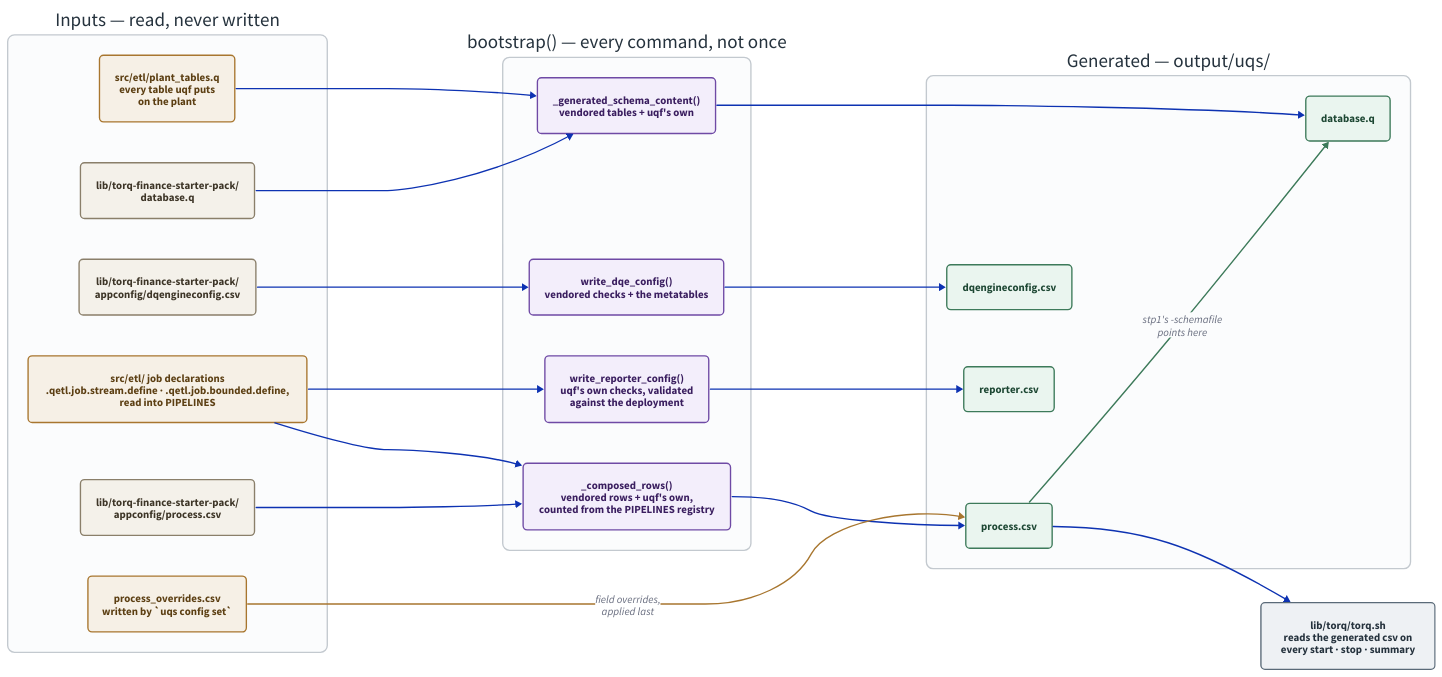
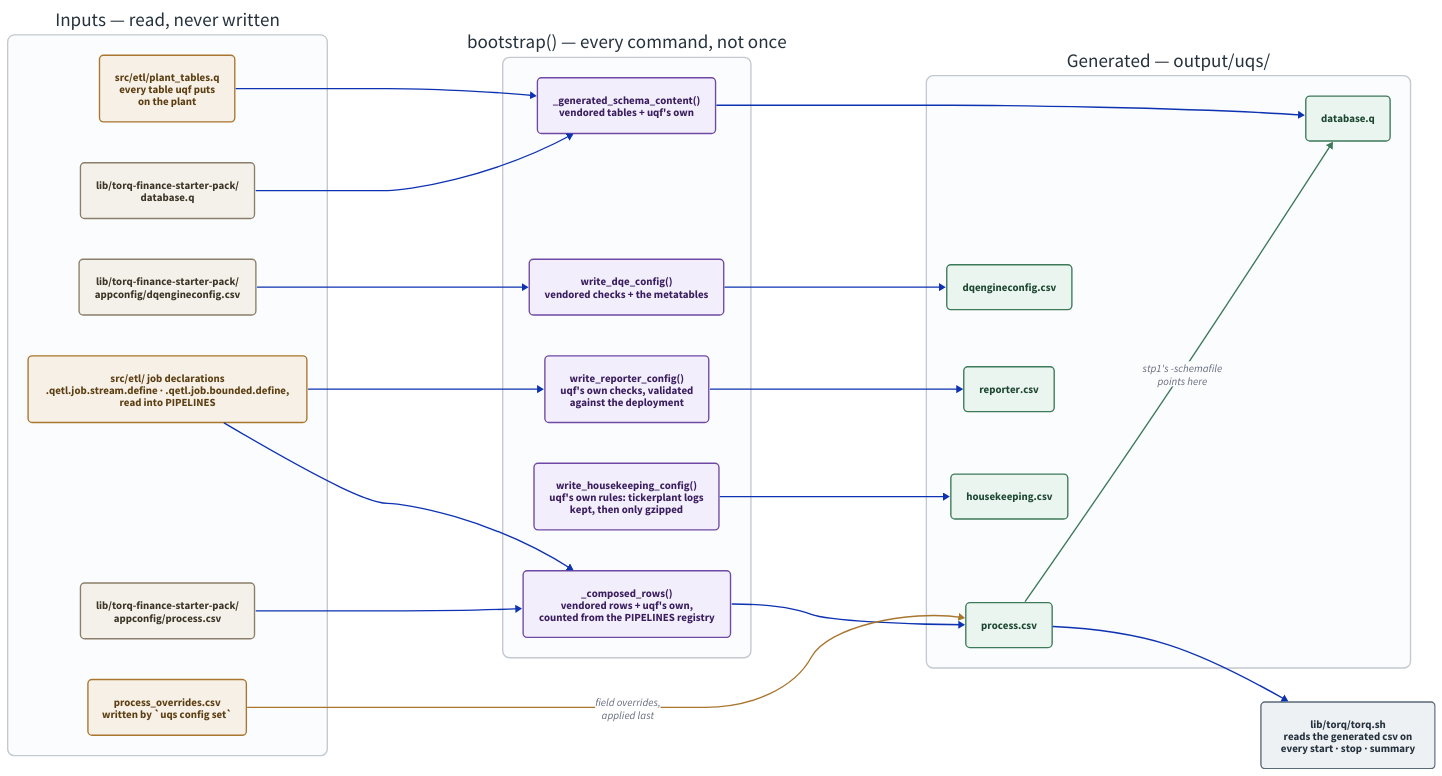
One commit to kwojdalski/uqf changed the diagram in docs/diagrams/config-generation.d2. Above: the diagram before and after it, drawn with D2. The commit also changed 9 other files, not shown here.

First line of the commit message:
Keep tickerplant logs replayable: generate housekeeping1's rules into TORQDATA (#2155)

```diff
--- a/docs/diagrams/config-generation.d2
+++ b/docs/diagrams/config-generation.d2
@@ -1,137 +1,140 @@
 # config-generation.d2 - how the vendored TorQ config becomes the config the
 # stack actually runs on.
 #
 # Rendered by `scripts/generate/derive.py diagrams`, which CI runs with
 # --check. Embedded from docs/architecture/stack.md.
 #
 # THE RULE THIS DRAWS is H-01: the vendored trees are never written to. Read
 # the vendored file fresh, generate an extended copy, point the running
 # process at the copy. An edit to lib/ would work until the next upgrade and
 # then be silently lost, which is the failure the whole arrangement exists
 # to make impossible.
 #
 # The other thing worth seeing is that there is no setup step. bootstrap()
 # regenerates every output on EVERY command - start, stop, summary, all of
 # them - so the generated files are always a fresh function of the vendored
 # tree plus the small tracked extension files. Nothing here is a state
 # you can get out of sync; the only way to change the output is to change an
 # input.
 
 direction: right
 
 vars: {
   d2-config: {
     pad: 40
   }
 }
 
 classes: {
   vendored: {
     style: {
       fill: "#f4f1ea"
       stroke: "#8a7f6a"
       font-color: "#3d3527"
       border-radius: 6
     }
   }
   tracked: {
     style: {
       fill: "#f6f0e6"
       stroke: "#a8762f"
       font-color: "#5c3f13"
       border-radius: 6
     }
   }
   step: {
     style: {
       fill: "#f3eefb"
       stroke: "#6f4aa5"
       font-color: "#3a1e5f"
       border-radius: 6
     }
   }
   generated: {
     style: {
       fill: "#eaf5ef"
       stroke: "#3d7a5a"
       font-color: "#1d4733"
       border-radius: 6
     }
   }
   consumer: {
     style: {
       fill: "#eef1f4"
       stroke: "#5a6a78"
       font-color: "#25323d"
       border-radius: 6
     }
   }
 }
 
 inputs: "Inputs — read, never written" {
   style: {
     fill: "#fbfcfd"
     stroke: "#c3c9cf"
     stroke-width: 2
     border-radius: 10
     font-color: "#25323d"
   }
 
   # Declared in the order they are consumed - the process.csv inputs, then
   # the database.q ones - so dagre keeps each group near the step it feeds.
   vendored_csv: "lib/torq-finance-starter-pack/\nappconfig/process.csv" { class: vendored }
   declarations: "src/etl/ job declarations\n.qetl.job.stream.define · .qetl.job.bounded.define,\nread into PIPELINES" { class: tracked }
   overrides: "process_overrides.csv\nwritten by `uqs config set`" { class: tracked }
   vendored_schema: "lib/torq-finance-starter-pack/\ndatabase.q" { class: vendored }
   vendored_dqe: "lib/torq-finance-starter-pack/\nappconfig/dqengineconfig.csv" { class: vendored }
   tables: "src/etl/plant_tables.q\nevery table uqf puts\non the plant" { class: tracked }
 }
 
 bootstrap: "bootstrap() — every command, not once" {
   style: {
     fill: "#fbfcfd"
     stroke: "#c3c9cf"
     stroke-width: 2
     border-radius: 10
     font-color: "#25323d"
   }
 
   rows: "_composed_rows()\nvendored rows + uqf's own,\ncounted from the PIPELINES registry" { class: step }
   schema: "_generated_schema_content()\nvendored tables + uqf's own" { class: step }
   dqe: "write_dqe_config()\nvendored checks + the metatables" { class: step }
   reporter: "write_reporter_config()\nuqf's own checks, validated\nagainst the deployment" { class: step }
+  housekeeping: "write_housekeeping_config()\nuqf's own rules: tickerplant logs\nkept, then only gzipped" { class: step }
 }
 
 outputs: "Generated — output/uqs/" {
   style: {
     fill: "#fbfcfd"
     stroke: "#c3c9cf"
     stroke-width: 2
     border-radius: 10
     font-color: "#25323d"
   }
 
   gen_csv: "process.csv" { class: generated }
   gen_schema: "database.q" { class: generated }
 
   gen_dqe: "dqengineconfig.csv" { class: generated }
   gen_reporter: "reporter.csv" { class: generated }
+  gen_housekeeping: "housekeeping.csv" { class: generated }
   gen_csv -> gen_schema: "stp1's -schemafile\npoints here" { style.stroke: "#3d7a5a" }
 }
 
 torqsh: "lib/torq/torq.sh\nreads the generated csv on\nevery start · stop · summary" { class: consumer }
 
 inputs.vendored_csv -> bootstrap.rows
 inputs.vendored_schema -> bootstrap.schema
 inputs.declarations -> bootstrap.rows
 inputs.tables -> bootstrap.schema
 inputs.vendored_dqe -> bootstrap.dqe
 inputs.declarations -> bootstrap.reporter
 
 bootstrap.rows -> outputs.gen_csv
 bootstrap.schema -> outputs.gen_schema
 bootstrap.dqe -> outputs.gen_dqe
 bootstrap.reporter -> outputs.gen_reporter
+bootstrap.housekeeping -> outputs.gen_housekeeping
 inputs.overrides -> outputs.gen_csv: "field overrides,\napplied last" { style.stroke: "#a8762f" }
 
 outputs.gen_csv -> torqsh
```
